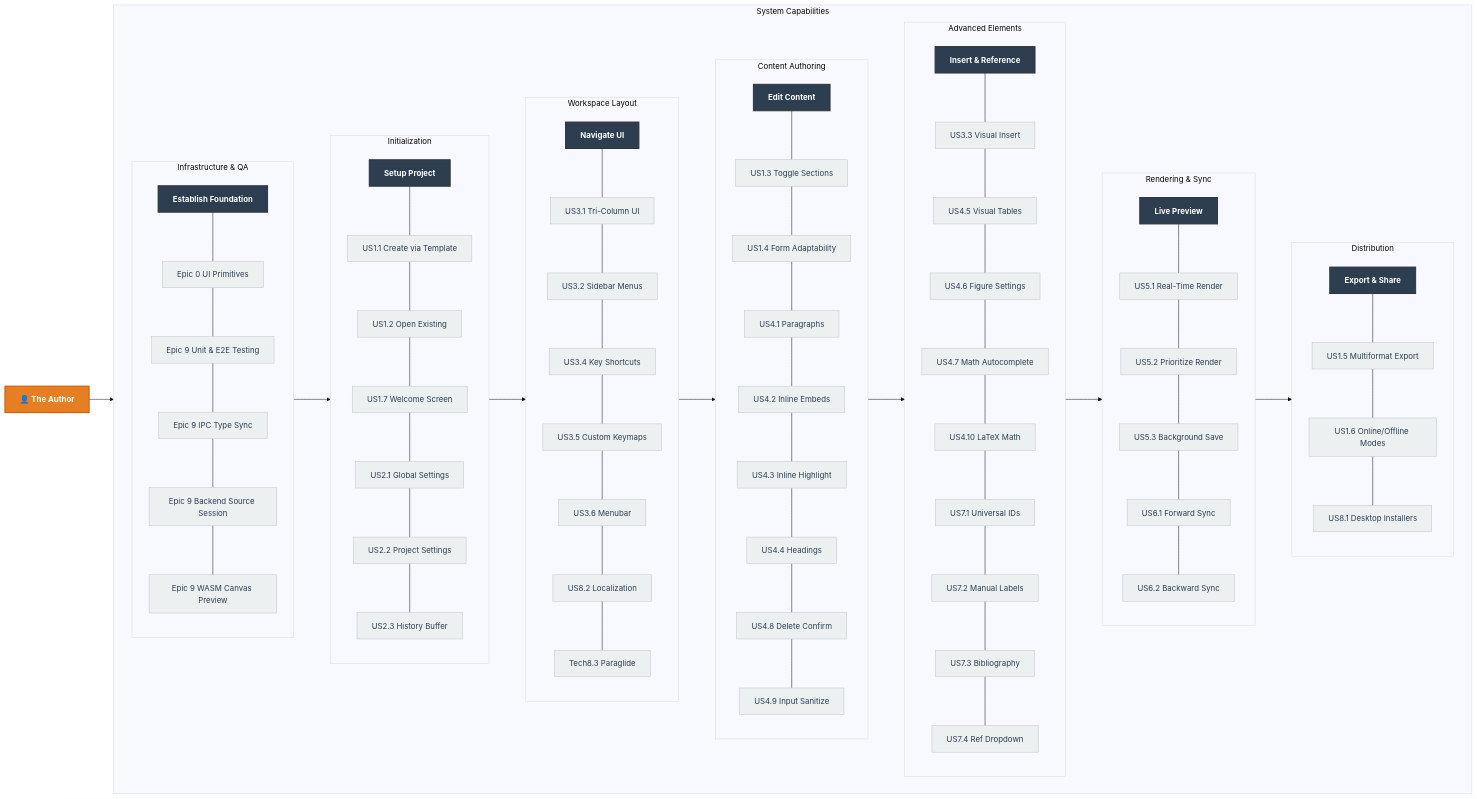
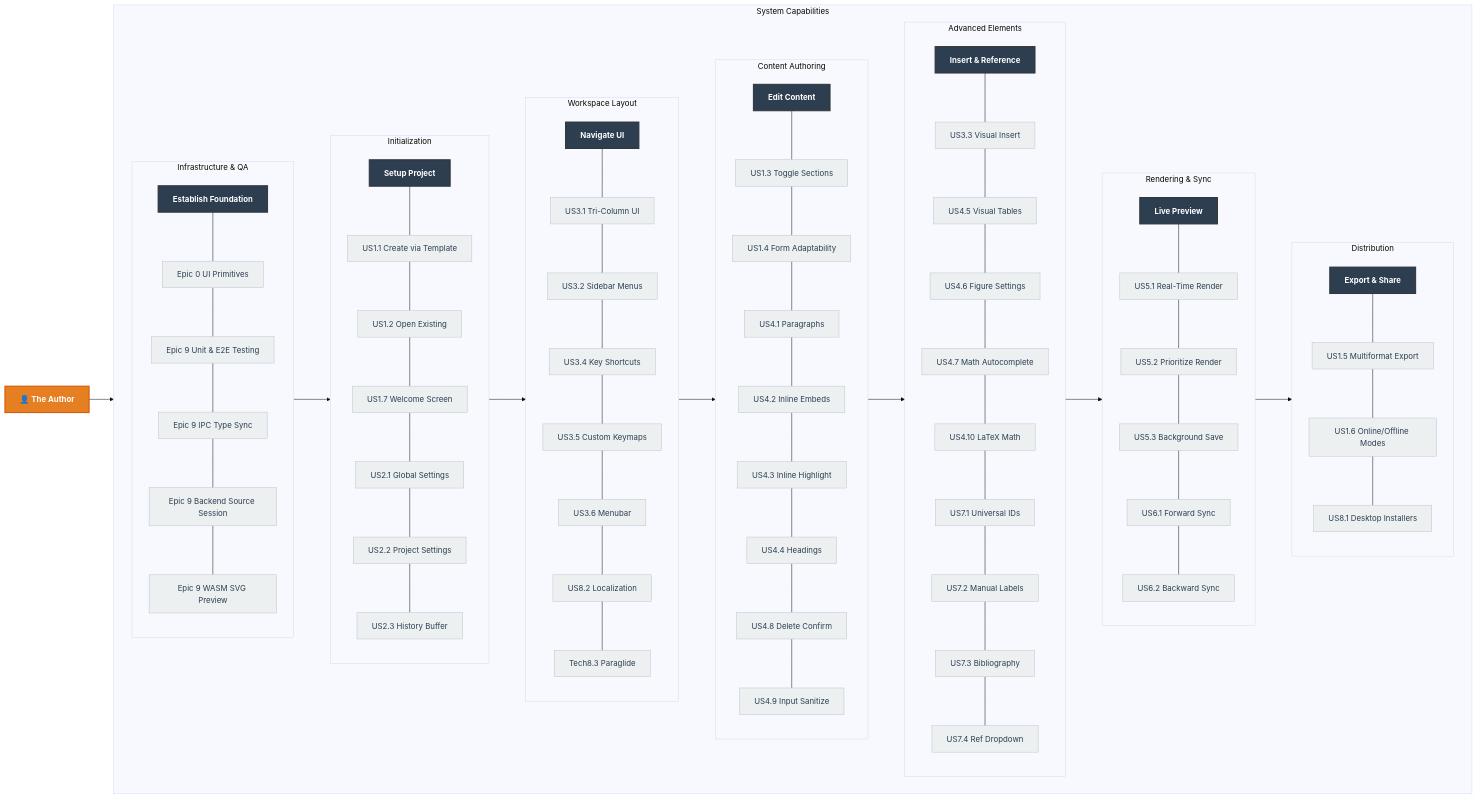
Before and after one commit to andmoreduro/ergo: the diagram in context/user-story-map.md, drawn with Mermaid (base theme). The commit also changed 115 other files, not shown here.

```diff
--- a/context/user-story-map.md
+++ b/context/user-story-map.md
@@ -42,7 +42,7 @@
             E9_1[Epic 9 Unit & E2E Testing]:::story
             E9_2[Epic 9 IPC Type Sync]:::story
             E9_5[Epic 9 Backend Source Session]:::story
-            E9_6[Epic 9 WASM Canvas Preview]:::story
+            E9_6[Epic 9 WASM SVG Preview]:::story
             J0 --- E0_1 --- E9_1 --- E9_2 --- E9_5 --- E9_6
         end
 
```
